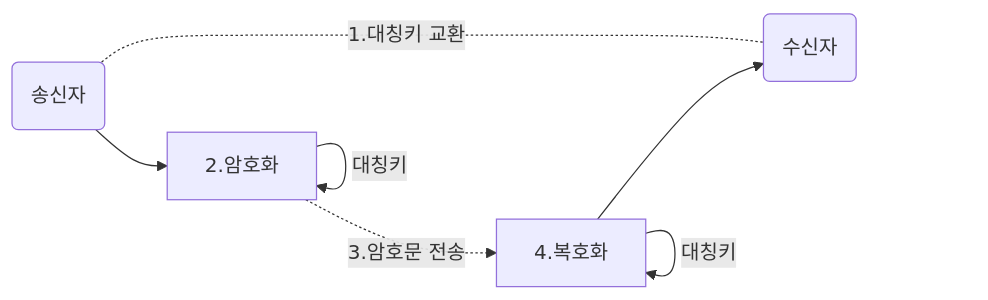
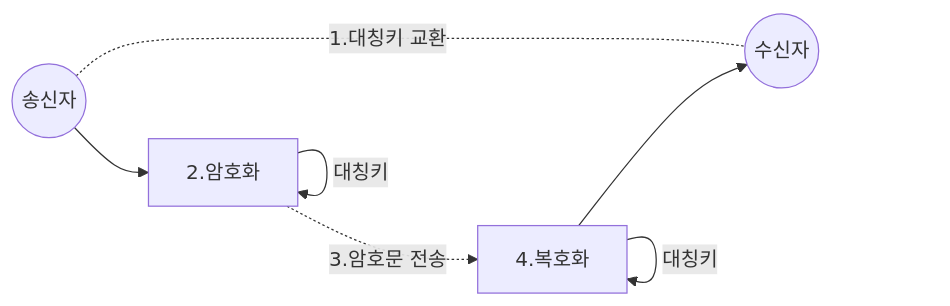
The first of 3 diagrams in _posts/develop/network/2019-02-12-TLS.md (1sonjm/1sonjm.github.io), drawn with Mermaid before and after one commit. The commit also changed other lines of this file, not shown here.

````diff
--- a/_posts/develop/network/2019-02-12-TLS.md
+++ b/_posts/develop/network/2019-02-12-TLS.md
@@ -20,11 +20,11 @@
 ```mermaid
 graph LR
-	sender(송신자)
-	reciver(수신자)
+	sender((송신자))
+	reciver((수신자))
 	sender-.-|1.대칭키 교환|reciver
 	sender-->2.암호화
 	2.암호화-->|대칭키|2.암호화
 	2.암호화-.->|3.암호문 전송|4.복호화
 	4.복호화-->|대칭키|4.복호화
 	4.복호화-->reciver
 ```
````
